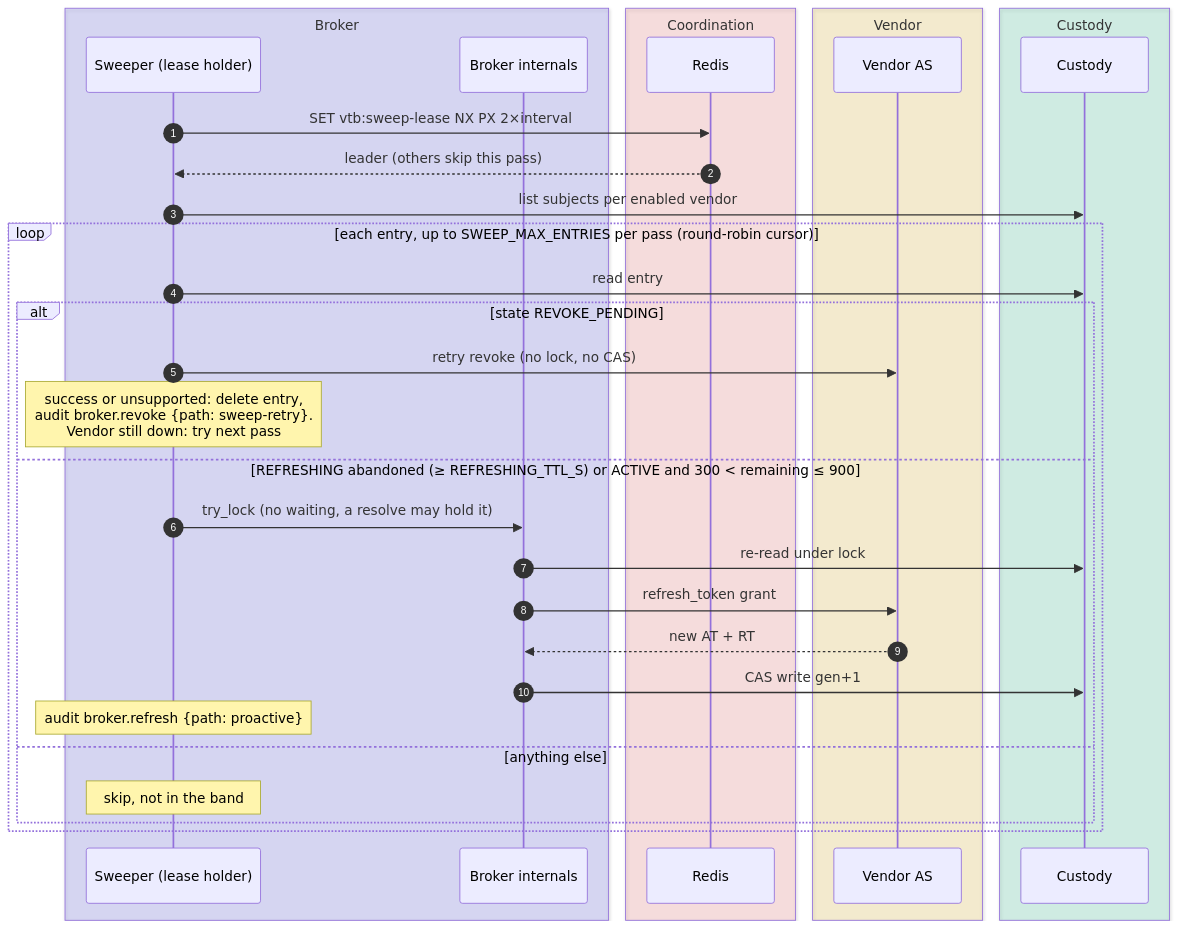
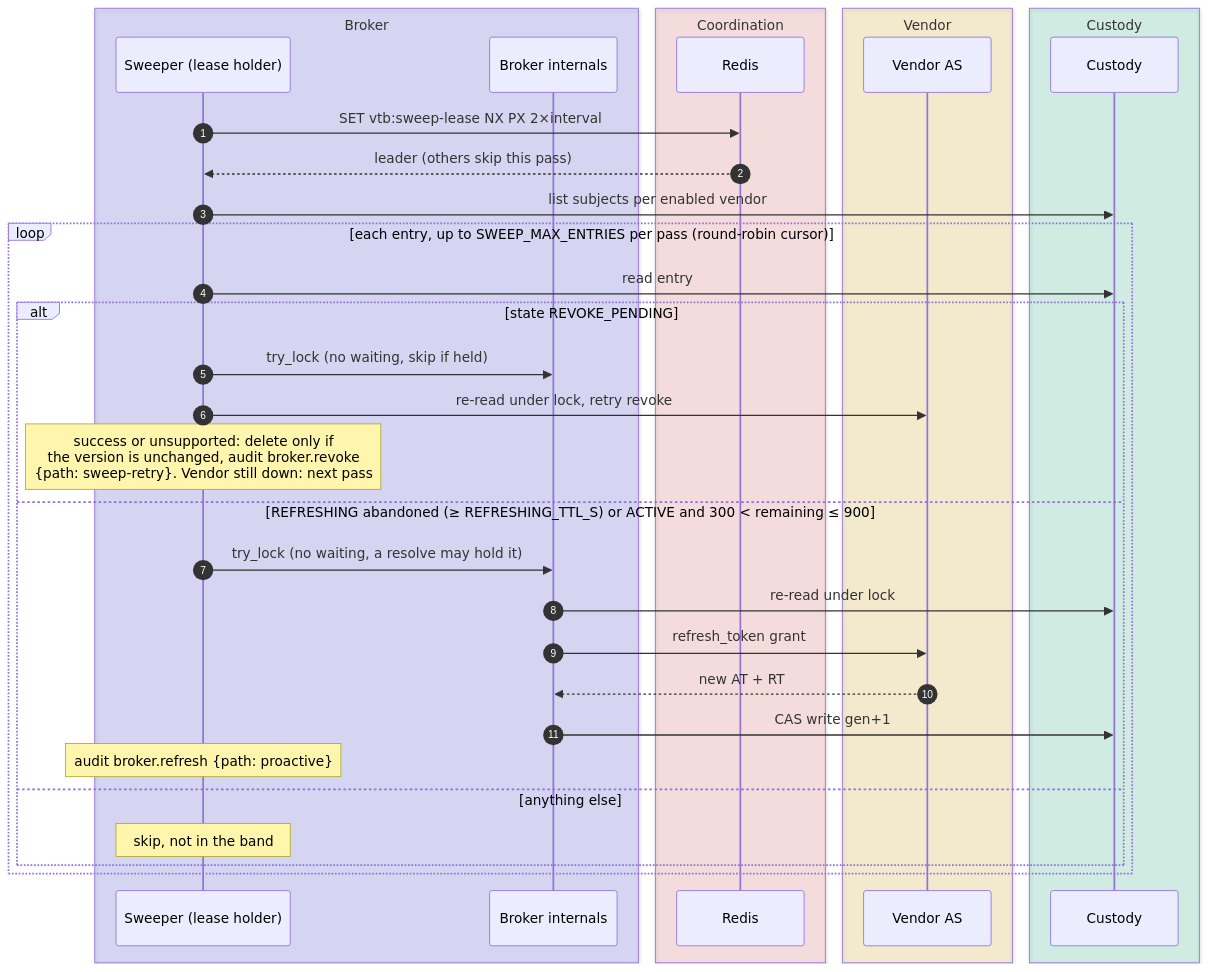
One commit to chief-builder/vendor-token-broker changed the fifth of 11 diagrams in docs/token-lifecycle.md. Above: the diagram before and after it, drawn with Mermaid. The commit also changed other lines of this file and 7 other files, not shown here.

First line of the commit message:
fix: sweeper revoke retry never deletes a grant written meanwhile

````diff
--- a/docs/token-lifecycle.md
+++ b/docs/token-lifecycle.md
@@ -282,37 +282,38 @@
 ```mermaid
 sequenceDiagram
     autonumber
     box rgba(99,102,241,0.20) Broker
         participant S as Sweeper (lease holder)
         participant B as Broker internals
     end
     box rgba(239,68,68,0.14) Coordination
         participant R as Redis
     end
     box rgba(234,179,8,0.16) Vendor
         participant V as Vendor AS
     end
     box rgba(16,185,129,0.16) Custody
         participant K as Custody
     end
 
     S->>R: SET vtb:sweep-lease NX PX 2×interval
     R-->>S: leader (others skip this pass)
     S->>K: list subjects per enabled vendor
     loop each entry, up to SWEEP_MAX_ENTRIES per pass (round-robin cursor)
         S->>K: read entry
         alt state REVOKE_PENDING
-            S->>V: retry revoke (no lock, no CAS)
-            Note over S: success or unsupported: delete entry,<br/>audit broker.revoke {path: sweep-retry}.<br/>Vendor still down: try next pass
+            S->>B: try_lock (no waiting, skip if held)
+            S->>V: re-read under lock, retry revoke
+            Note over S: success or unsupported: delete only if<br/>the version is unchanged, audit broker.revoke<br/>{path: sweep-retry}. Vendor still down: next pass
         else REFRESHING abandoned (≥ REFRESHING_TTL_S) or ACTIVE and 300 < remaining ≤ 900
             S->>B: try_lock (no waiting, a resolve may hold it)
             B->>K: re-read under lock
             B->>V: refresh_token grant
             V-->>B: new AT + RT
             B->>K: CAS write gen+1
             Note over S: audit broker.refresh {path: proactive}
         else anything else
             Note over S: skip, not in the band
         end
     end
 ```
````
